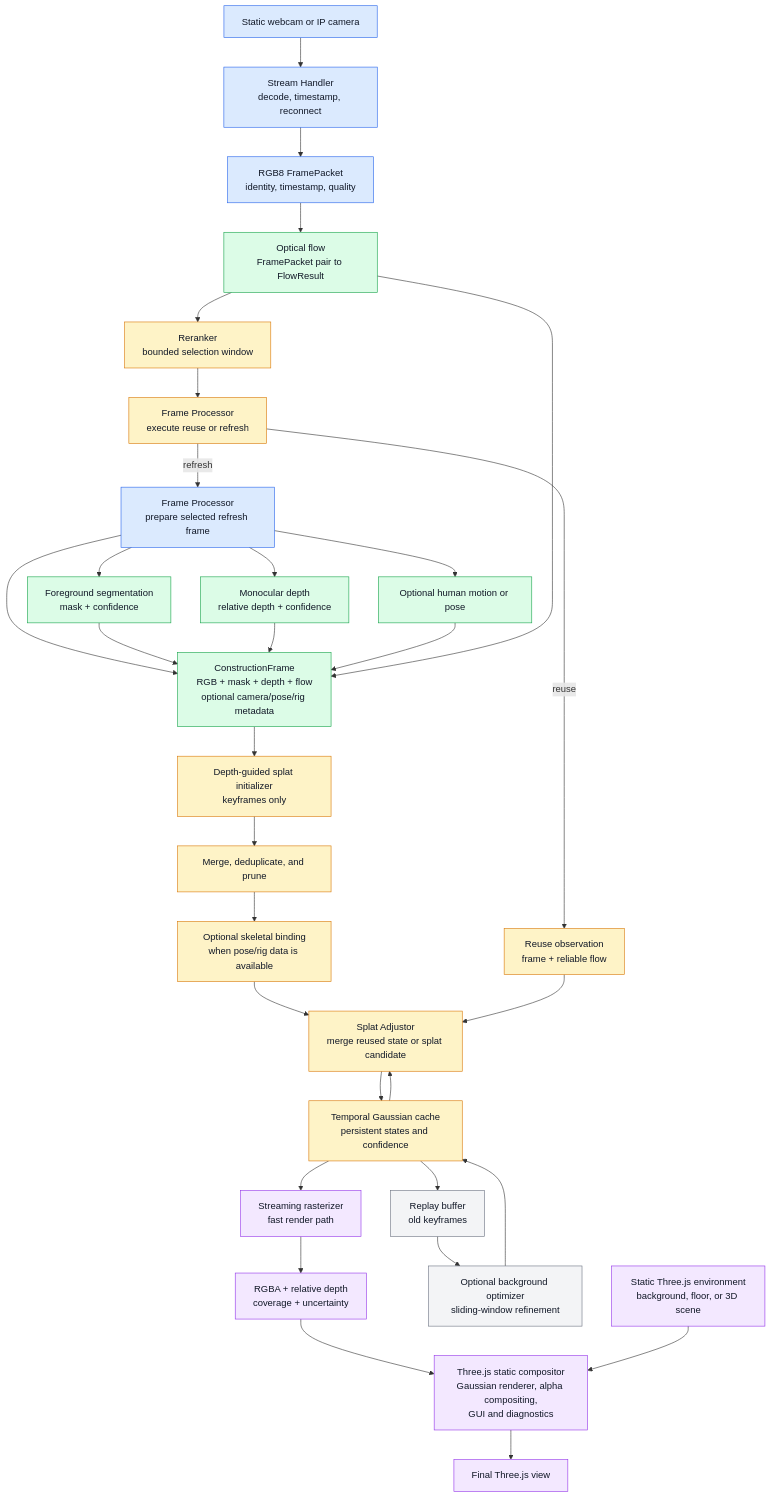
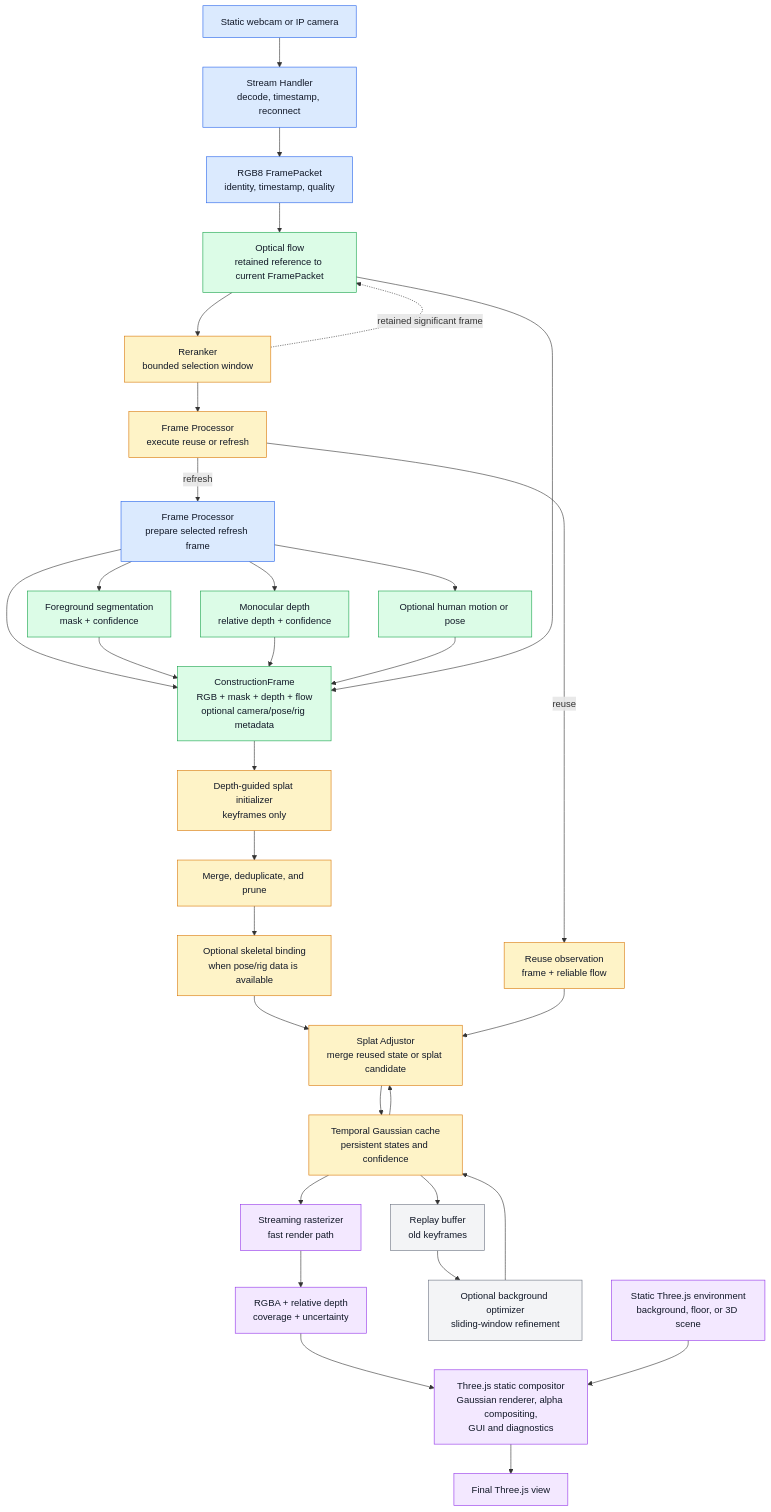
The diagram in docs/single-camera-workflow.md (smojjofy/AAI3001_Computer-Vision-Deep-Learning_Group27), drawn with Mermaid before and after one commit. The commit also changed 8 other files, not shown here.

````diff
--- a/docs/single-camera-workflow.md
+++ b/docs/single-camera-workflow.md
@@ -7,65 +7,66 @@
 ```mermaid
 flowchart TD
     CAM[Static webcam or IP camera]
     STREAM[Stream Handler<br/>decode, timestamp, reconnect]
     PACKET[RGB8 FramePacket<br/>identity, timestamp, quality]
-    FLOW[Optical flow<br/>FramePacket pair to FlowResult]
+    FLOW[Optical flow<br/>retained reference to current FramePacket]
     SELECT[Reranker<br/>bounded selection window]
     DISPATCH[Frame Processor<br/>execute reuse or refresh]
     PRE[Frame Processor<br/>prepare selected refresh frame]
     SEG[Foreground segmentation<br/>mask + confidence]
     DEPTH[Monocular depth<br/>relative depth + confidence]
     MOTION[Optional human motion or pose]
     FRAME[ConstructionFrame<br/>RGB + mask + depth + flow<br/>optional camera/pose/rig metadata]
 
     REUSE[Reuse observation<br/>frame + reliable flow]
     INIT[Depth-guided splat initializer<br/>keyframes only]
     FUSE[Merge, deduplicate, and prune]
     BIND[Optional skeletal binding<br/>when pose/rig data is available]
     ADJUST[Splat Adjustor<br/>merge reused state or splat candidate]
     CACHE[Temporal Gaussian cache<br/>persistent states and confidence]
     RENDER[Streaming rasterizer<br/>fast render path]
     OUTPUT[RGBA + relative depth<br/>coverage + uncertainty]
 
     REPLAY[Replay buffer<br/>old keyframes]
     OPT[Optional background optimizer<br/>sliding-window refinement]
 
     ENV[Static Three.js environment<br/>background, floor, or 3D scene]
     VIEW[Three.js static compositor<br/>Gaussian renderer, alpha compositing,<br/>GUI and diagnostics]
     FINAL[Final Three.js view]
 
     CAM --> STREAM --> PACKET --> FLOW --> SELECT
+    SELECT -. retained significant frame .-> FLOW
     SELECT --> DISPATCH
     DISPATCH -->|refresh| PRE
     PRE --> SEG
     PRE --> DEPTH
     PRE --> MOTION
     PRE --> FRAME
     SEG --> FRAME
     DEPTH --> FRAME
     MOTION --> FRAME
     FLOW --> FRAME
 
     DISPATCH -->|reuse| REUSE
     FRAME --> INIT --> FUSE
     FUSE --> BIND --> ADJUST
     REUSE --> ADJUST
     CACHE --> ADJUST
     ADJUST --> CACHE
     CACHE --> RENDER --> OUTPUT --> VIEW
 
     CACHE --> REPLAY --> OPT --> CACHE
     ENV --> VIEW --> FINAL
 
     classDef input fill:#dbeafe,stroke:#2563eb,color:#111827;
     classDef inference fill:#dcfce7,stroke:#16a34a,color:#111827;
     classDef construct fill:#fef3c7,stroke:#d97706,color:#111827;
     classDef render fill:#f3e8ff,stroke:#9333ea,color:#111827;
     classDef optional fill:#f3f4f6,stroke:#6b7280,color:#111827;
 
     class CAM,STREAM,PACKET,PRE input;
     class SEG,DEPTH,MOTION,FLOW,FRAME inference;
     class SELECT,DISPATCH,REUSE,INIT,FUSE,BIND,ADJUST,CACHE construct;
     class RENDER,OUTPUT,ENV,VIEW,FINAL render;
     class REPLAY,OPT optional;
 ```
````
